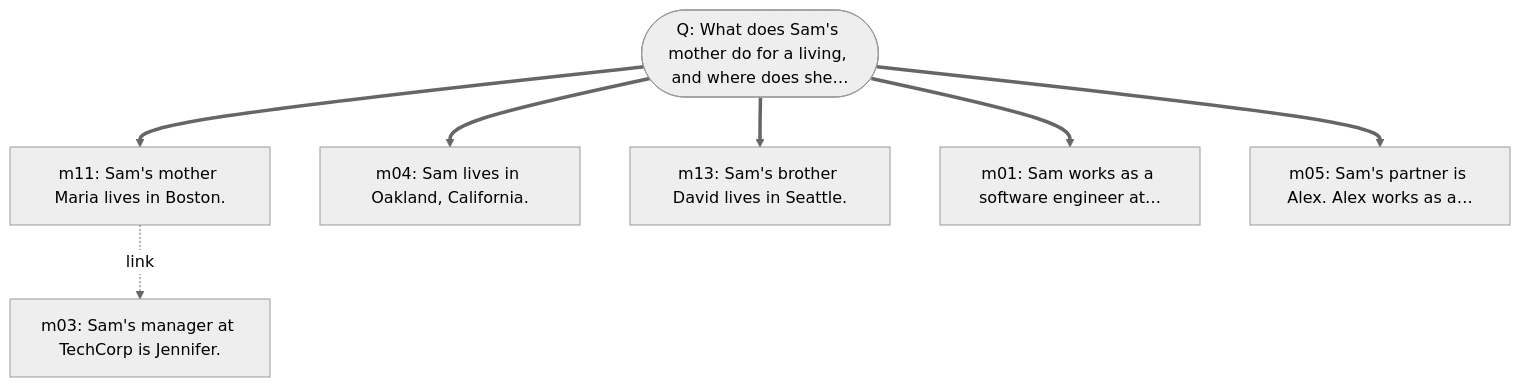
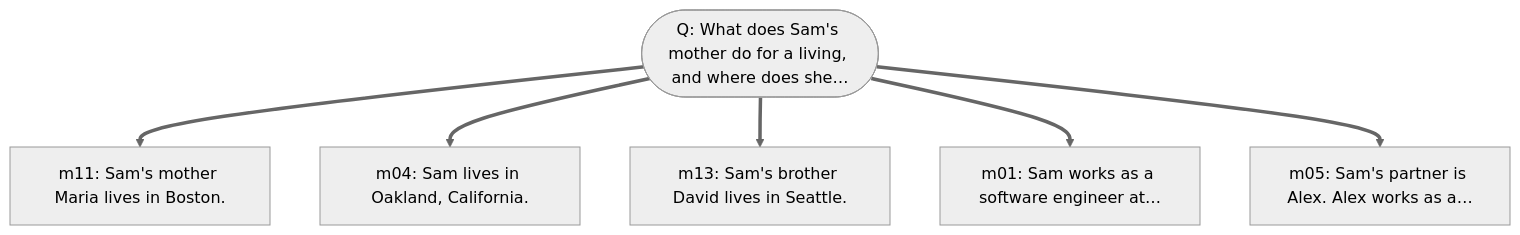
Before and after one commit to pandazxx/a-mem-reproduction: the seventh of 22 diagrams in results/comparison/amem/traces.md, drawn with Mermaid (neutral theme). The commit also changed other lines of this file and 64 other files, not shown here.

````diff
--- a/results/comparison/amem/traces.md
+++ b/results/comparison/amem/traces.md
@@ -185,16 +183,14 @@
 ```mermaid
 graph TD
     Q(["Q: What does Sam's mother do for a living, and where does she…"])
     m11["m11: Sam's mother Maria lives in Boston."]
     Q ==> m11
     m04["m04: Sam lives in Oakland, California."]
     Q ==> m04
     m13["m13: Sam's brother David lives in Seattle."]
     Q ==> m13
     m01["m01: Sam works as a software engineer at…"]
     Q ==> m01
     m05["m05: Sam's partner is Alex. Alex works as a…"]
     Q ==> m05
-    m03["m03: Sam's manager at TechCorp is Jennifer."]
-    m11 -.->|link| m03
 ```
````
